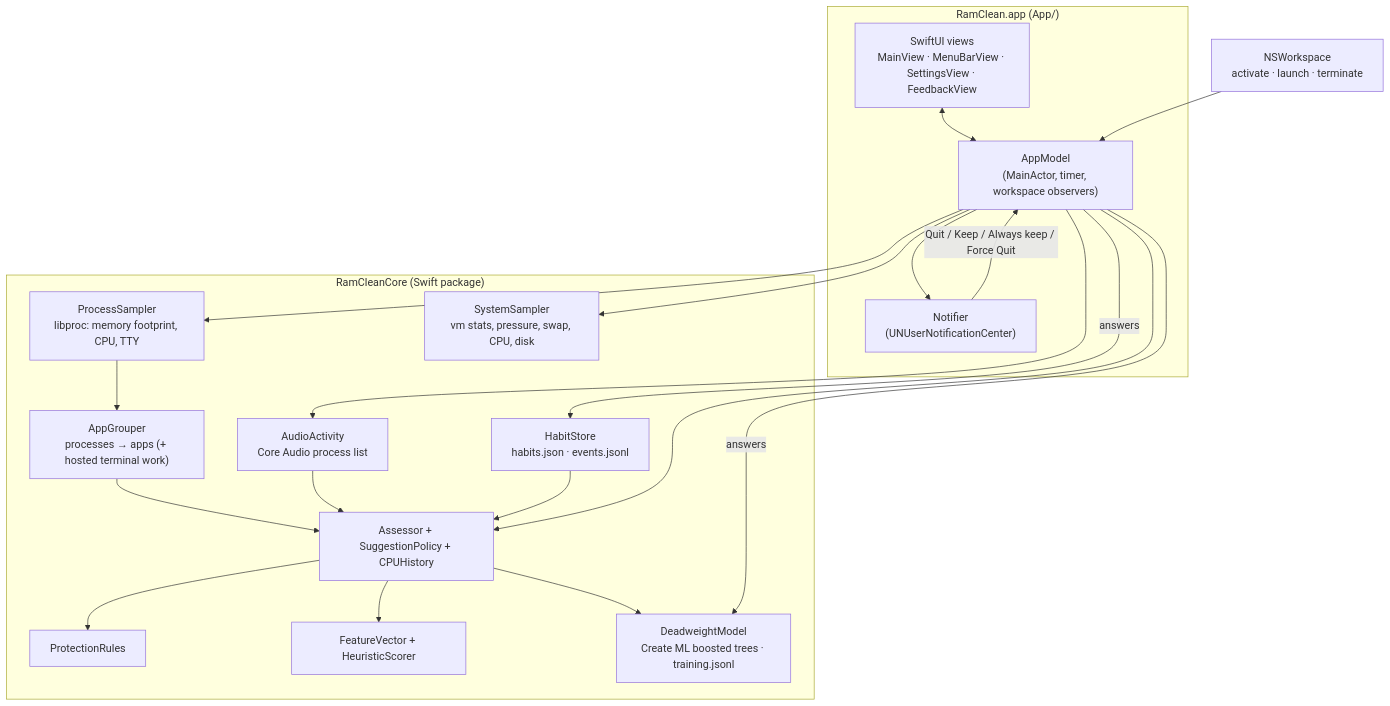
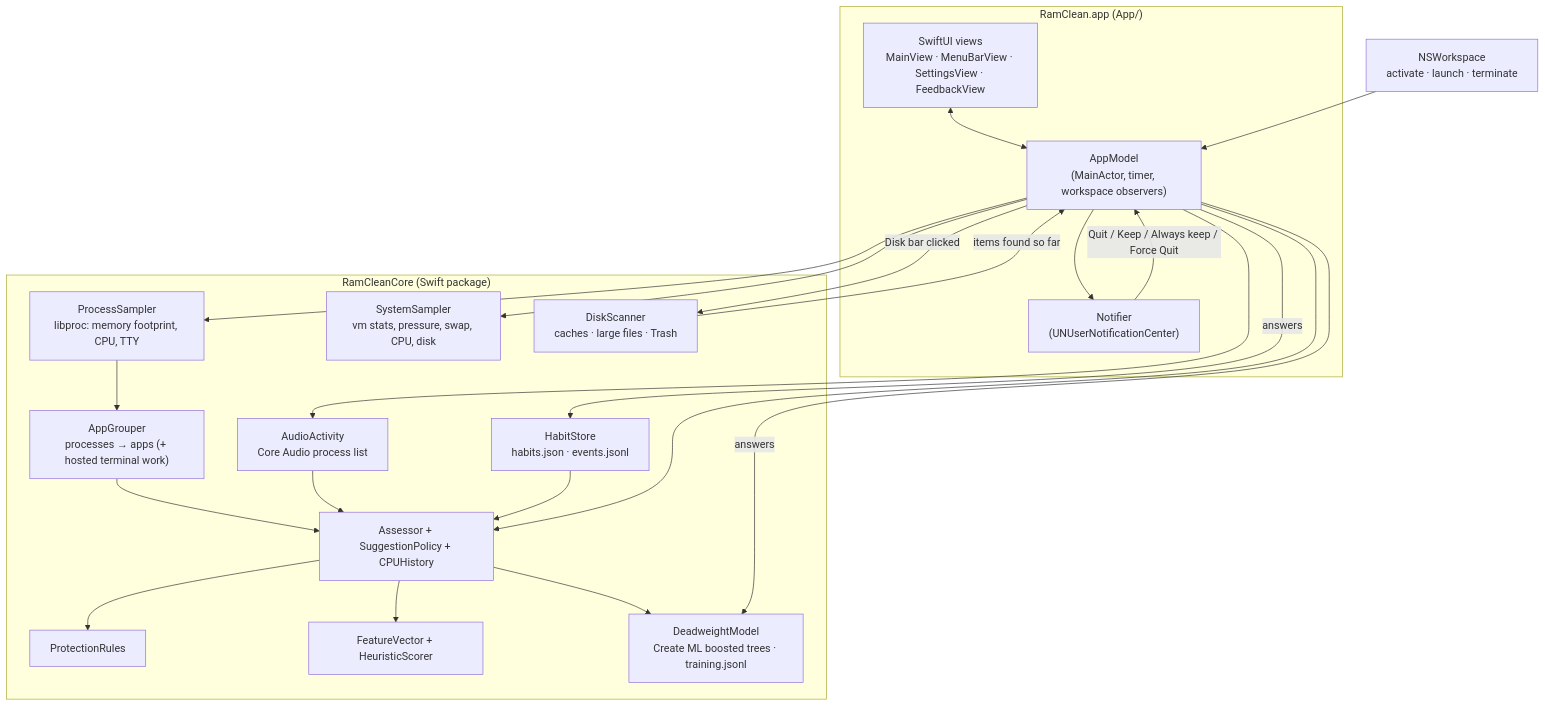
The diagram in docs/SYSTEM-DESIGN.md (amalmehta/RamClean), drawn with Mermaid before and after one commit. The commit also changed other lines of this file and 13 other files, not shown here.

````diff
--- a/docs/SYSTEM-DESIGN.md
+++ b/docs/SYSTEM-DESIGN.md
@@ -7,30 +7,33 @@
 ```mermaid
 flowchart TB
     subgraph App["RamClean.app (App/)"]
         UI["SwiftUI views<br/>MainView · MenuBarView · SettingsView · FeedbackView"]
         AM["AppModel<br/>(MainActor, timer, workspace observers)"]
         NT["Notifier<br/>(UNUserNotificationCenter)"]
     end
     subgraph Core["RamCleanCore (Swift package)"]
         PS["ProcessSampler<br/>libproc: memory footprint, CPU, TTY"]
         SS["SystemSampler<br/>vm stats, pressure, swap, CPU, disk"]
         AA["AudioActivity<br/>Core Audio process list"]
         GR["AppGrouper<br/>processes → apps (+ hosted terminal work)"]
         HS["HabitStore<br/>habits.json · events.jsonl"]
         PR["ProtectionRules"]
         FV["FeatureVector + HeuristicScorer"]
         DM["DeadweightModel<br/>Create ML boosted trees · training.jsonl"]
         AS["Assessor + SuggestionPolicy + CPUHistory"]
+        DS["DiskScanner<br/>caches · large files · Trash"]
     end
     AM --> PS & SS & AA
     PS --> GR --> AS
     AA --> AS
     HS --> AS
     AS --> PR & FV & DM
     AM --> AS
     AM --> NT
     NT -- "Quit / Keep / Always keep / Force Quit" --> AM
     AM -- answers --> DM & HS
     UI <--> AM
+    AM -- "Disk bar clicked" --> DS
+    DS -- "items found so far" --> AM
     NSW["NSWorkspace<br/>activate · launch · terminate"] --> AM
 ```
````
